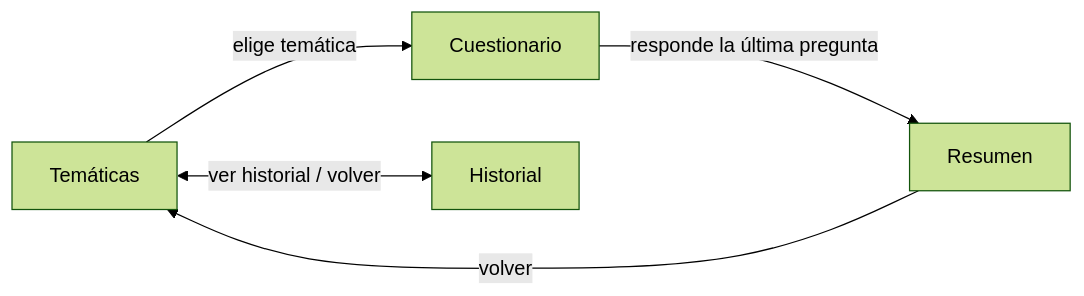
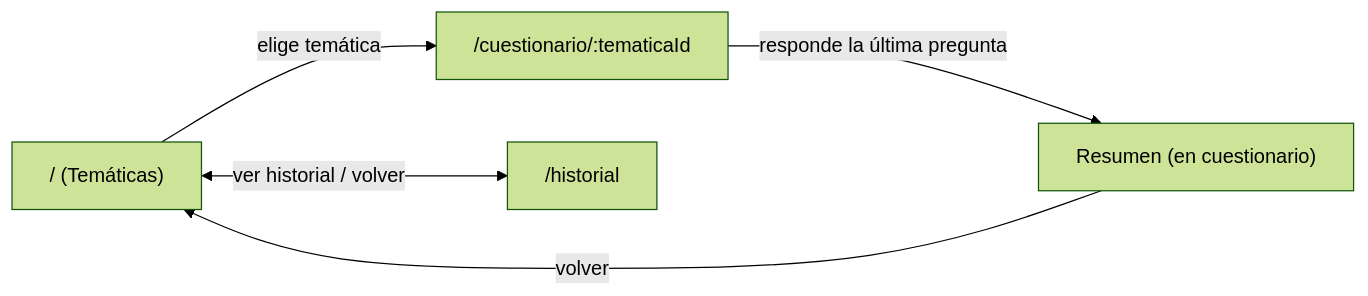
The second of 2 diagrams in README.md (irigoyen161817/g1.1), drawn with Mermaid (forest theme) before and after one commit. The commit also changed other lines of this file and 7 other files, not shown here.

````diff
--- a/README.md
+++ b/README.md
@@ -240,7 +249,7 @@
 ```mermaid
 flowchart LR
-  T[Temáticas] -->|elige temática| C[Cuestionario]
-  C -->|responde la última pregunta| R[Resumen]
+  T["/ (Temáticas)"] -->|elige temática| C["/cuestionario/:tematicaId"]
+  C -->|responde la última pregunta| R["Resumen (en cuestionario)"]
   R -->|volver| T
-  T <-->|ver historial / volver| H[Historial]
+  T <-->|ver historial / volver| H["/historial"]
 ```
````
